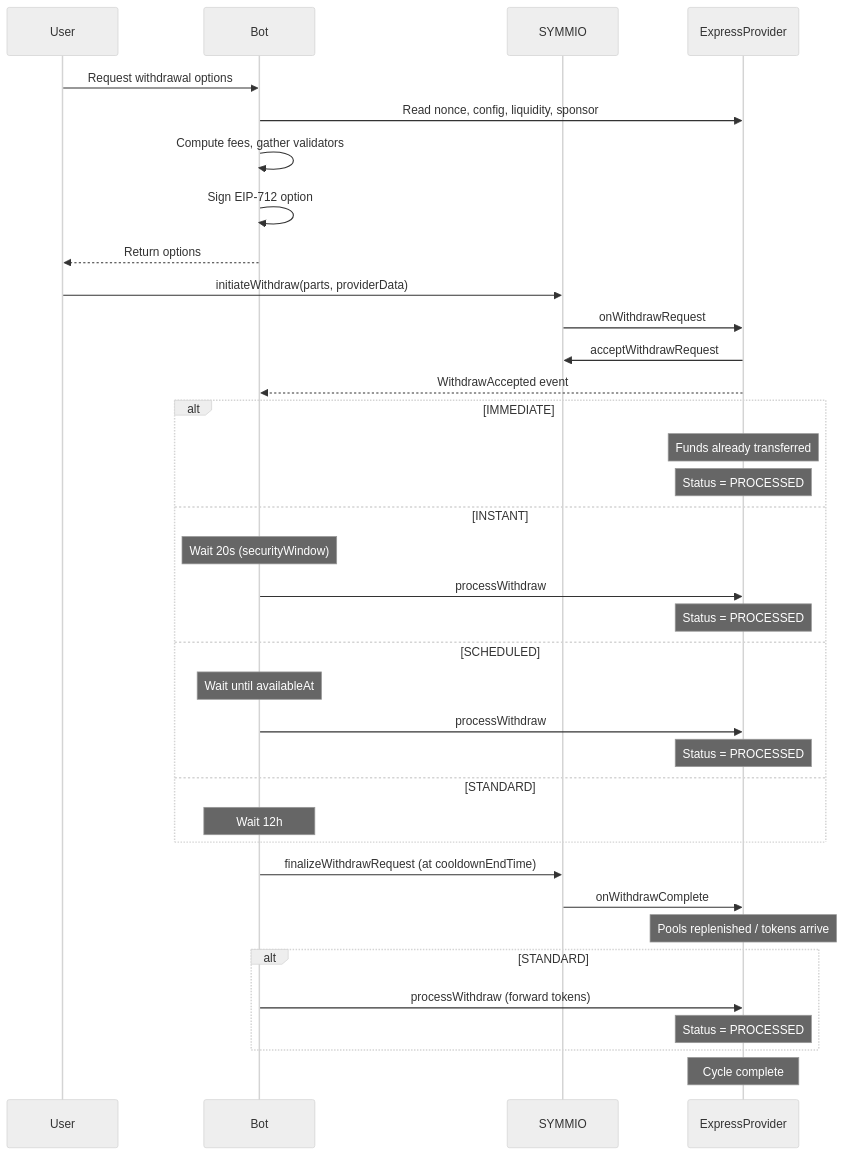
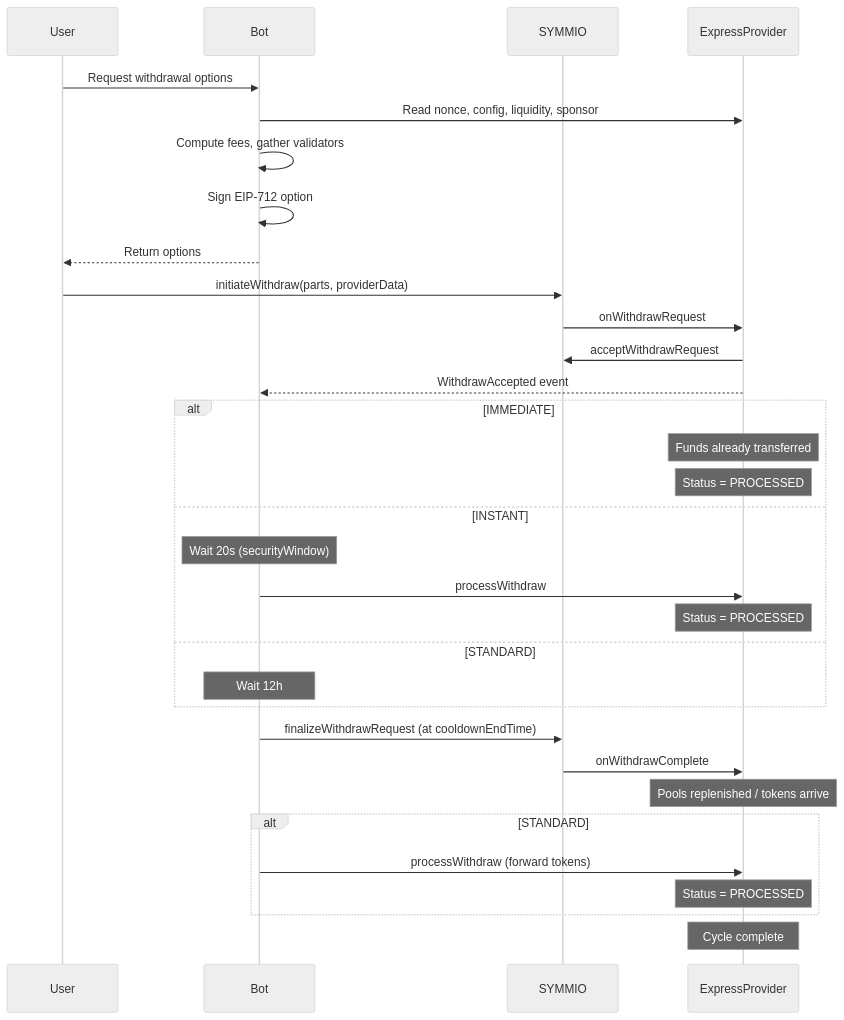
One commit to SYMM-IO/perps-core changed diagram 29 of 29 in docs/v0.8.6/express-bot-operations-checklist.md. Above: the diagram before and after it, drawn with Mermaid (neutral theme). The commit also changed other lines of this file and 14 other files, not shown here.

````diff
--- a/docs/v0.8.6/express-bot-operations-checklist.md
+++ b/docs/v0.8.6/express-bot-operations-checklist.md
@@ -4664,44 +3957,40 @@
 ```mermaid
 sequenceDiagram
     participant User
     participant Bot
     participant SYMMIO
     participant EP as ExpressProvider
 
     User->>Bot: Request withdrawal options
     Bot->>EP: Read nonce, config, liquidity, sponsor
     Bot->>Bot: Compute fees, gather validators
     Bot->>Bot: Sign EIP-712 option
     Bot-->>User: Return options
 
     User->>SYMMIO: initiateWithdraw(parts, providerData)
     SYMMIO->>EP: onWithdrawRequest
     EP->>SYMMIO: acceptWithdrawRequest
     EP-->>Bot: WithdrawAccepted event
 
     alt IMMEDIATE
         Note over EP: Funds already transferred
         Note over EP: Status = PROCESSED
     else INSTANT
         Note over Bot: Wait 20s (securityWindow)
         Bot->>EP: processWithdraw
         Note over EP: Status = PROCESSED
-    else SCHEDULED
-        Note over Bot: Wait until availableAt
-        Bot->>EP: processWithdraw
-        Note over EP: Status = PROCESSED
     else STANDARD
         Note over Bot: Wait 12h
     end
 
     Bot->>SYMMIO: finalizeWithdrawRequest (at cooldownEndTime)
     SYMMIO->>EP: onWithdrawComplete
     Note over EP: Pools replenished / tokens arrive
 
     alt STANDARD
         Bot->>EP: processWithdraw (forward tokens)
         Note over EP: Status = PROCESSED
     end
 
     Note over EP: Cycle complete
 ```
````
